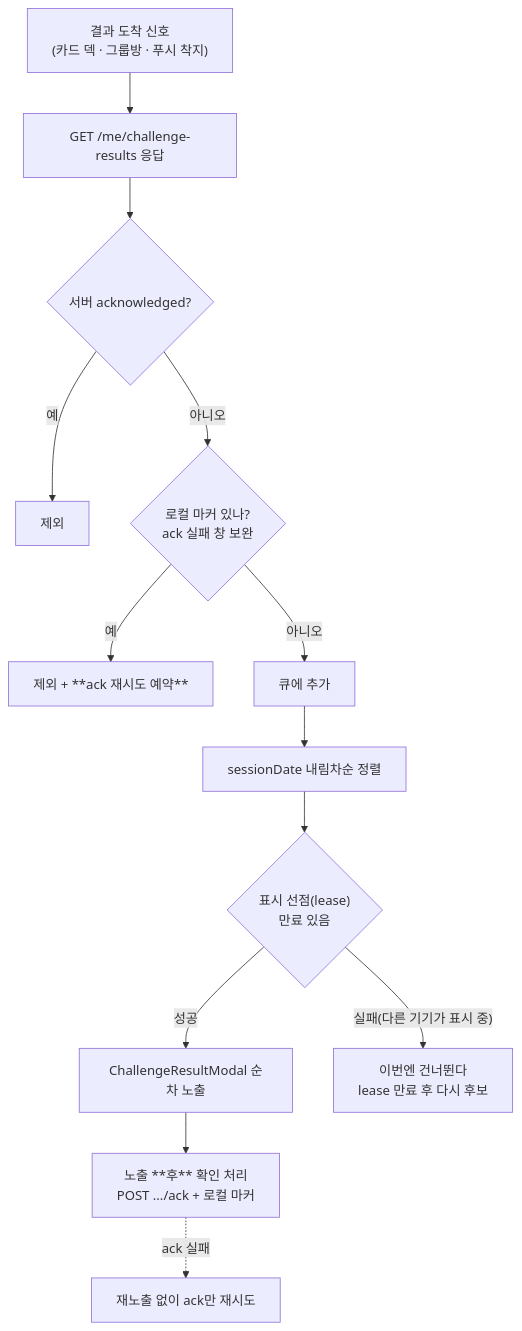
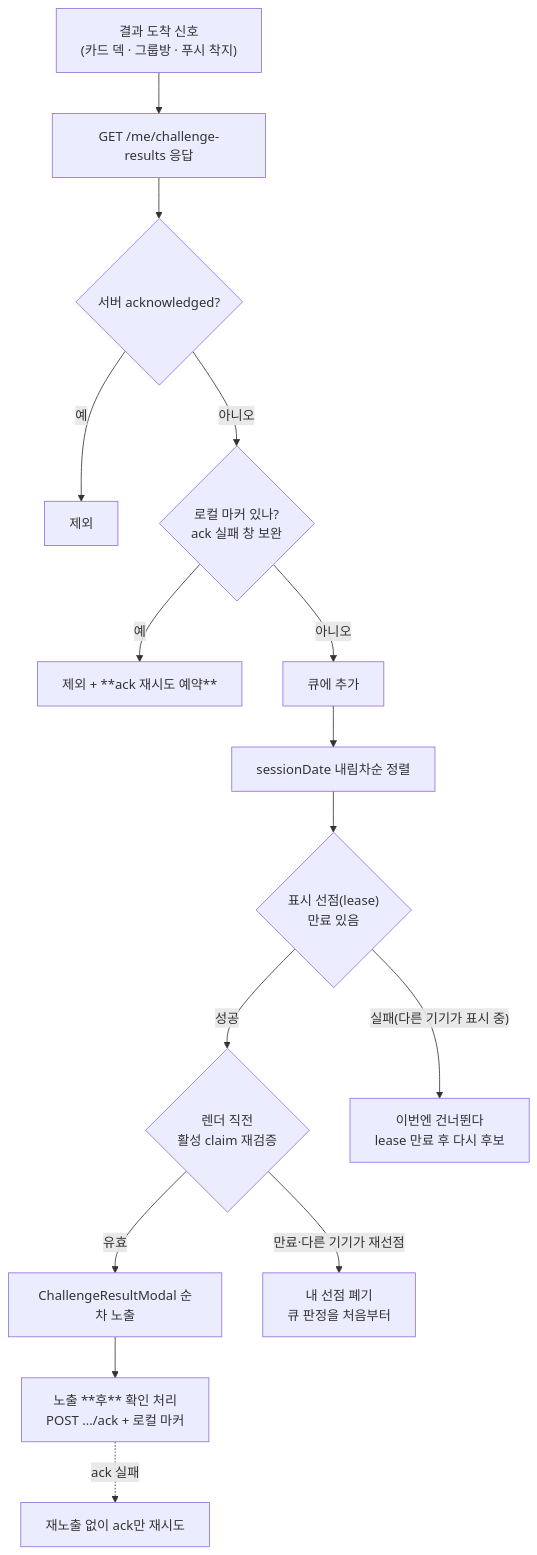
Before and after one commit to OneOrThree/phone: the ninth of 11 diagrams in docs/prd/challenge/information-architecture.md, drawn with Mermaid. The commit also changed other lines of this file and 4 other files, not shown here.

````diff
--- a/docs/prd/challenge/information-architecture.md
+++ b/docs/prd/challenge/information-architecture.md
@@ -469,15 +471,17 @@
 ```mermaid
 flowchart TB
     L["결과 도착 신호<br/>(카드 덱 · 그룹방 · 푸시 착지)"] --> P["GET /me/challenge-results 응답"]
     P --> F1{"서버 acknowledged?"}
     F1 -->|예| X1["제외"]
     F1 -->|아니오| F2{"로컬 마커 있나?<br/>ack 실패 창 보완"}
     F2 -->|예| X2["제외 + **ack 재시도 예약**"]
     F2 -->|아니오| Q2["큐에 추가"]
     Q2 --> S["sessionDate 내림차순 정렬"]
     S --> C{"표시 선점(lease)<br/>만료 있음"}
-    C -->|"성공"| M["ChallengeResultModal 순차 노출"]
+    C -->|"성공"| V{"렌더 직전<br/>활성 claim 재검증"}
+    V -->|"유효"| M["ChallengeResultModal 순차 노출"]
+    V -->|"만료·다른 기기가 재선점"| X4["내 선점 폐기<br/>큐 판정을 처음부터"]
     C -->|"실패(다른 기기가 표시 중)"| X3["이번엔 건너뛴다<br/>lease 만료 후 다시 후보"]
     M --> A["노출 **후** 확인 처리<br/>POST .../ack + 로컬 마커"]
     A -.->|"ack 실패"| R["재노출 없이 ack만 재시도"]
 ```
````
